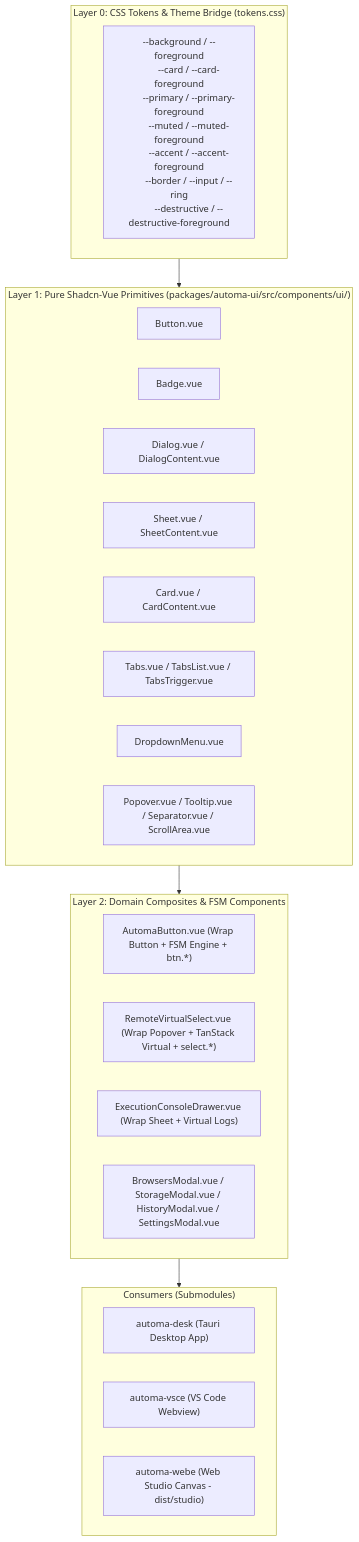
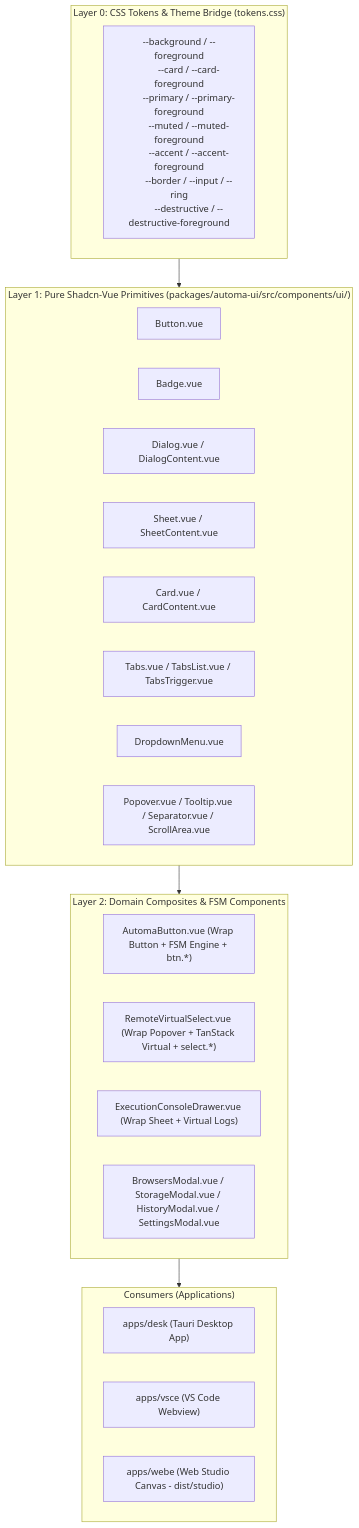
One commit to tuquet/automa changed the diagram in skills/automa-shadcn/SKILL.md. Above: the diagram before and after it, drawn with Mermaid. The commit also changed other lines of this file and 48 other files, not shown here.

````diff
--- a/skills/automa-shadcn/SKILL.md
+++ b/skills/automa-shadcn/SKILL.md
@@ -16,38 +16,38 @@
 ```mermaid
 flowchart TD
     subgraph Layer0 ["Layer 0: CSS Tokens & Theme Bridge (tokens.css)"]
         Tokens["--background / --foreground
         --card / --card-foreground
         --primary / --primary-foreground
         --muted / --muted-foreground
         --accent / --accent-foreground
         --border / --input / --ring
         --destructive / --destructive-foreground"]
     end
 
     subgraph Layer1 ["Layer 1: Pure Shadcn-Vue Primitives (packages/automa-ui/src/components/ui/)"]
         Button["Button.vue"]
         Badge["Badge.vue"]
         Dialog["Dialog.vue / DialogContent.vue"]
         Sheet["Sheet.vue / SheetContent.vue"]
         Card["Card.vue / CardContent.vue"]
         Tabs["Tabs.vue / TabsList.vue / TabsTrigger.vue"]
         Dropdown["DropdownMenu.vue"]
         Popover["Popover.vue / Tooltip.vue / Separator.vue / ScrollArea.vue"]
     end
 
     subgraph Layer2 ["Layer 2: Domain Composites & FSM Components"]
         AutomaBtn["AutomaButton.vue (Wrap Button + FSM Engine + btn.*)"]
         RemoteSelect["RemoteVirtualSelect.vue (Wrap Popover + TanStack Virtual + select.*)"]
         ConsoleDrawer["ExecutionConsoleDrawer.vue (Wrap Sheet + Virtual Logs)"]
         DomainModals["BrowsersModal.vue / StorageModal.vue / HistoryModal.vue / SettingsModal.vue"]
     end
 
-    subgraph Consumers ["Consumers (Submodules)"]
-        Desk["automa-desk (Tauri Desktop App)"]
-        VSCE["automa-vsce (VS Code Webview)"]
-        WebE["automa-webe (Web Studio Canvas - dist/studio)"]
+    subgraph Consumers ["Consumers (Applications)"]
+        Desk["apps/desk (Tauri Desktop App)"]
+        VSCE["apps/vsce (VS Code Webview)"]
+        WebE["apps/webe (Web Studio Canvas - dist/studio)"]
     end
 
     Layer0 --> Layer1 --> Layer2 --> Consumers
 ```
````
